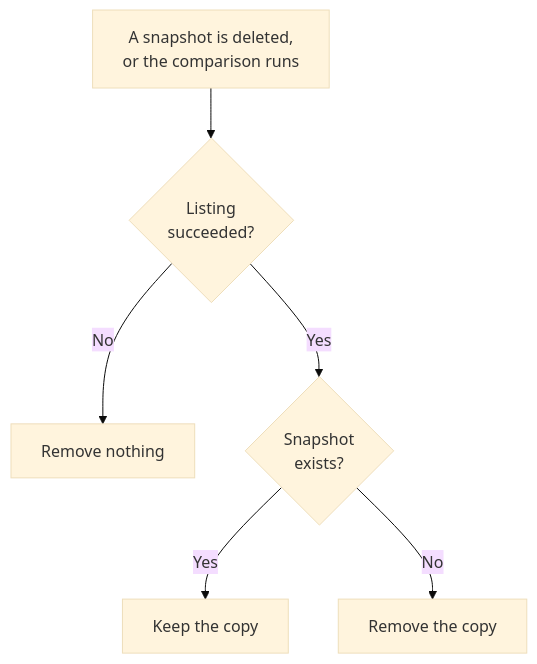
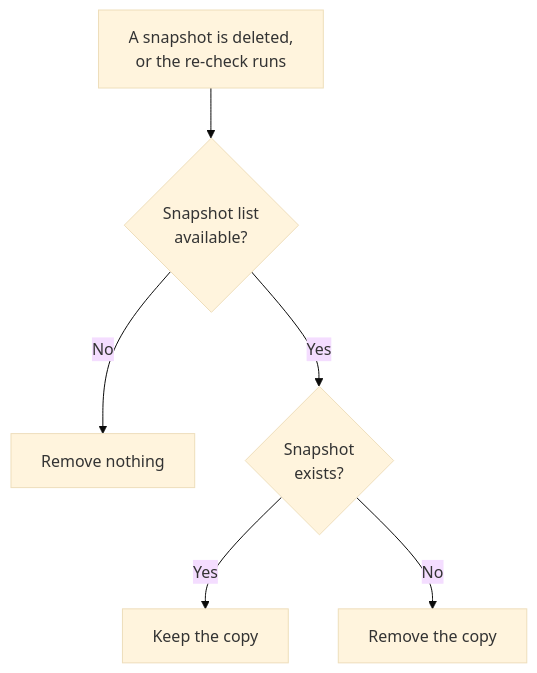
One commit to ai-dynamo/snapshot changed the fourth of 5 diagrams in docs/design/644-node-cache/README.md. Above: the diagram before and after it, drawn with Mermaid (base theme). The commit also changed other lines of this file, not shown here.

````diff
--- a/docs/design/644-node-cache/README.md
+++ b/docs/design/644-node-cache/README.md
@@ -325,8 +326,8 @@
 ```mermaid
 flowchart TD
-    A["A snapshot is deleted,<br/>or the comparison runs"] --> B{"Listing<br/>succeeded?"}
+    A["A snapshot is deleted,<br/>or the re-check runs"] --> B{"Snapshot list<br/>available?"}
     B -->|"No"| C["Remove nothing"]
     B -->|"Yes"| D{"Snapshot<br/>exists?"}
     D -->|"Yes"| E["Keep the copy"]
     D -->|"No"| F["Remove the copy"]
 ```
````
